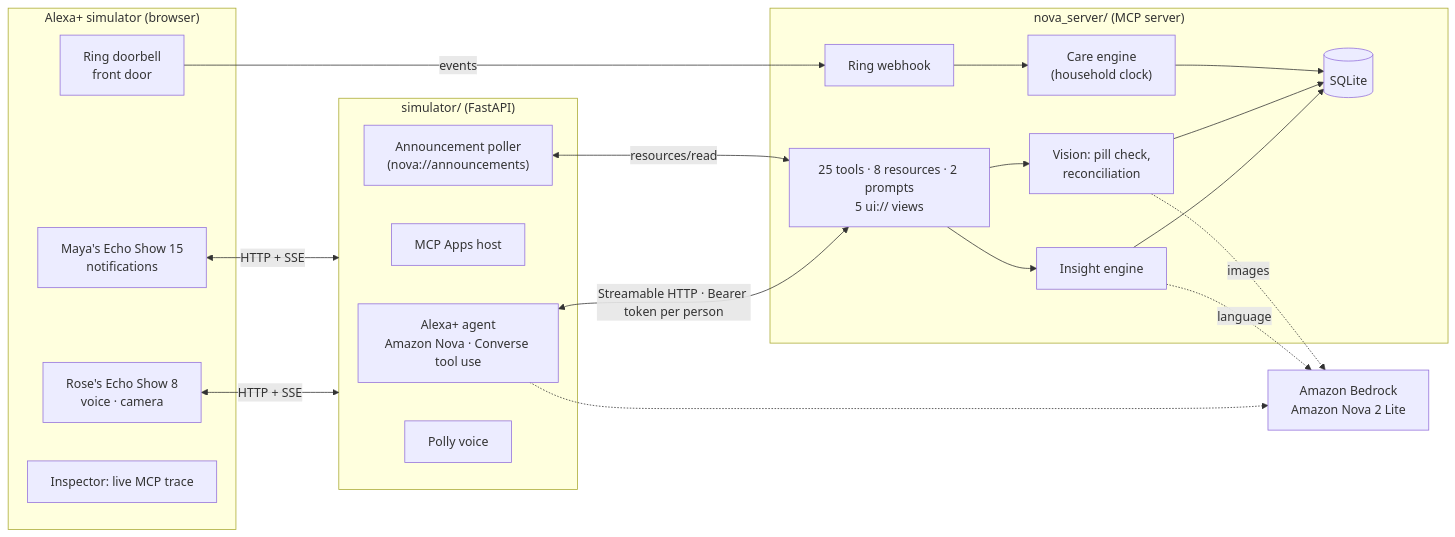
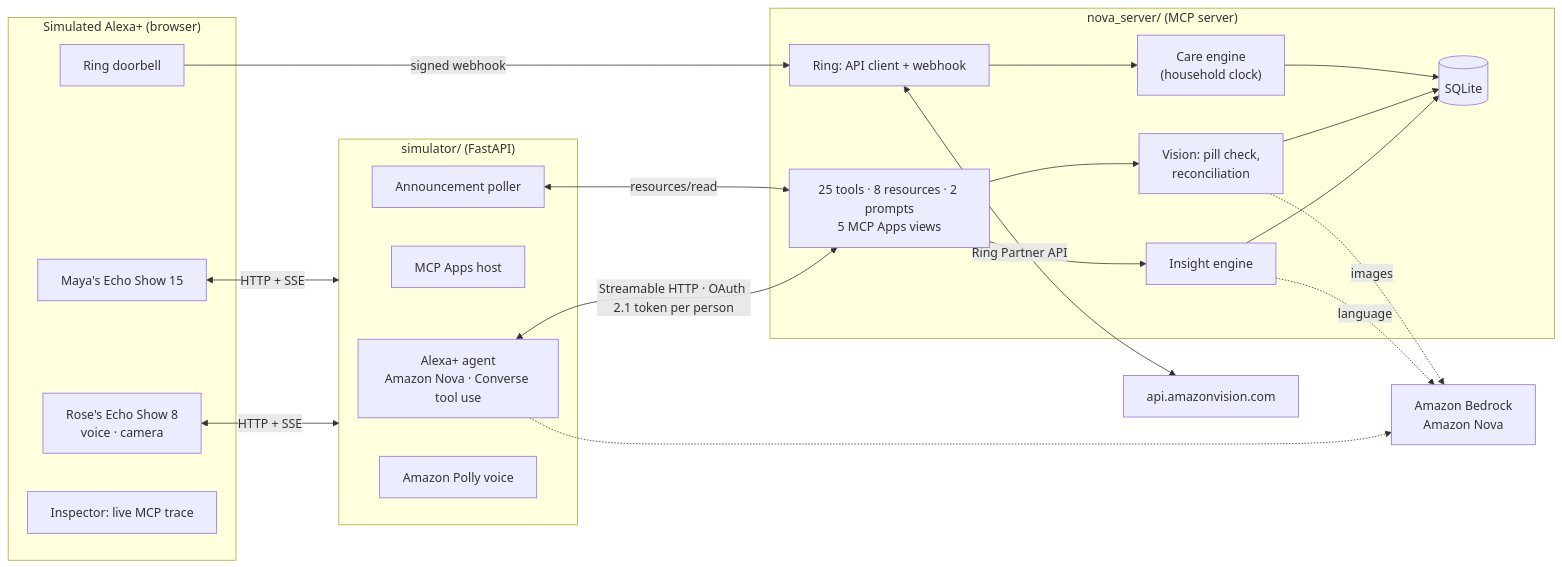
The diagram in README.md (Dakshhhhh-ops/nova), drawn with Mermaid before and after one commit. The commit also changed other lines of this file and 7 other files, not shown here.

Commit message:
README: rewritten, structured for judges and developers (overview, features, architecture, integrations, setup, configuration, MCP reference, testing, compliance); fresh screenshots

````diff
--- a/README.md
+++ b/README.md
@@ -92,33 +83,34 @@
 ```mermaid
 flowchart LR
-  subgraph Browser["Alexa+ simulator (browser)"]
+  subgraph Browser["Simulated Alexa+ (browser)"]
     R["Rose's Echo Show 8<br/>voice · camera"]
-    D["Ring doorbell<br/>front door"]
-    M["Maya's Echo Show 15<br/>notifications"]
+    D["Ring doorbell"]
+    M["Maya's Echo Show 15"]
     I["Inspector: live MCP trace"]
   end
   subgraph Sim["simulator/ (FastAPI)"]
     A["Alexa+ agent<br/>Amazon Nova · Converse tool use"]
     H["MCP Apps host"]
-    P["Announcement poller<br/>(nova://announcements)"]
-    V["Polly voice"]
+    P["Announcement poller"]
+    V["Amazon Polly voice"]
   end
   subgraph Nova["nova_server/ (MCP server)"]
-    T["25 tools · 8 resources · 2 prompts<br/>5 ui:// views"]
+    T["25 tools · 8 resources · 2 prompts<br/>5 MCP Apps views"]
     E["Care engine<br/>(household clock)"]
     X["Insight engine"]
     S["Vision: pill check,<br/>reconciliation"]
-    W["Ring webhook"]
+    G["Ring: API client + webhook"]
     DB[("SQLite")]
   end
   R & M <-->|HTTP + SSE| Sim
-  D -->|events| W
-  A <-->|"Streamable HTTP · Bearer token per person"| T
+  A <-->|"Streamable HTTP · OAuth 2.1 token per person"| T
   P <-->|resources/read| T
+  D -->|signed webhook| G
+  G <-->|Ring Partner API| RING["api.amazonvision.com"]
   T --> X & S --> DB
   E --> DB
-  W --> E
-  X -.->|language| BR["Amazon Bedrock<br/>Amazon Nova 2 Lite"]
+  G --> E
+  X -.->|language| BR["Amazon Bedrock<br/>Amazon Nova"]
   S -.->|images| BR
   A -.-> BR
 ```
````
